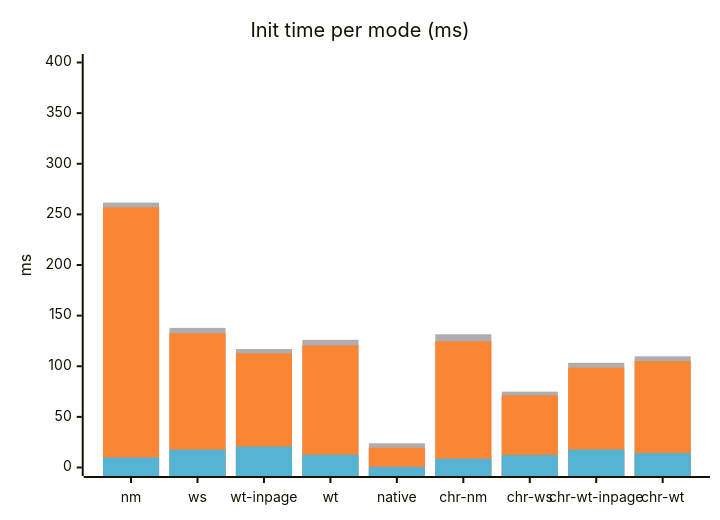
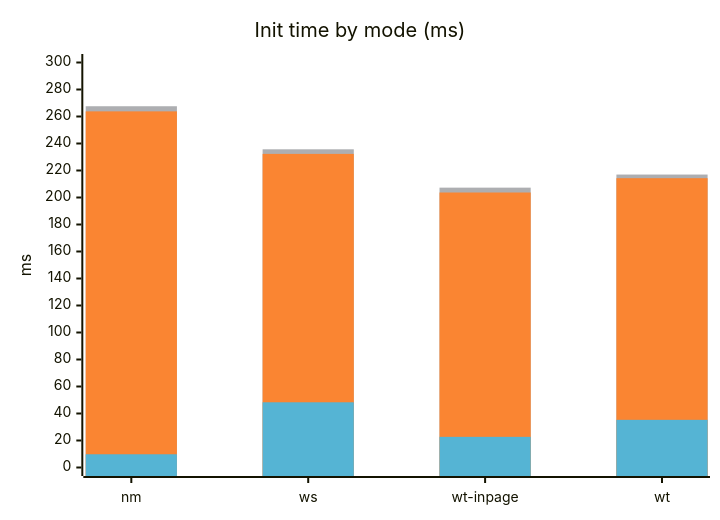
One commit to OpenPolyfill/WebHID changed the first of 3 diagrams in docs/BENCHMARK.md. Above: the diagram before and after it, drawn with Mermaid. The commit also changed other lines of this file and 5 other files, not shown here.

````diff
--- a/docs/BENCHMARK.md
+++ b/docs/BENCHMARK.md
@@ -71,15 +38,15 @@
 ```mermaid
 ---
 config:
   themeVariables:
     xyChart:
       plotColorPalette: '#ADAEB1, #fa8532, #55b4d4'
 ---
 xychart
-    title "Init time per mode (ms)"
-    x-axis [nm, ws, wt-inpage, wt, native, chr-nm, chr-ws, chr-wt-inpage, chr-wt]
-    y-axis "ms" 0 --> 400
-    bar "total" [261.6, 137.9, 117.0, 126.1, 23.9, 131.6, 74.9, 103.4, 109.8]
-    bar "warmup" [256.9, 132.6, 112.7, 120.6, 19.6, 124.7, 71.3, 98.7, 105.2]
-    bar "open" [9.9, 17.6, 20.7, 12.6, 0.6, 8.7, 12.3, 17.7, 14.2]
+    title "Init time by mode (ms)"
+    x-axis [nm, ws, wt-inpage, wt]
+    y-axis "ms" 0 --> 300
+    bar "total" [267.6, 235.7, 207.3, 217.0]
+    bar "open + warmup" [263.8, 232.3, 203.7, 214.3]
+    bar "open" [9.8, 48.3, 22.7, 35.3]
 ```
````
